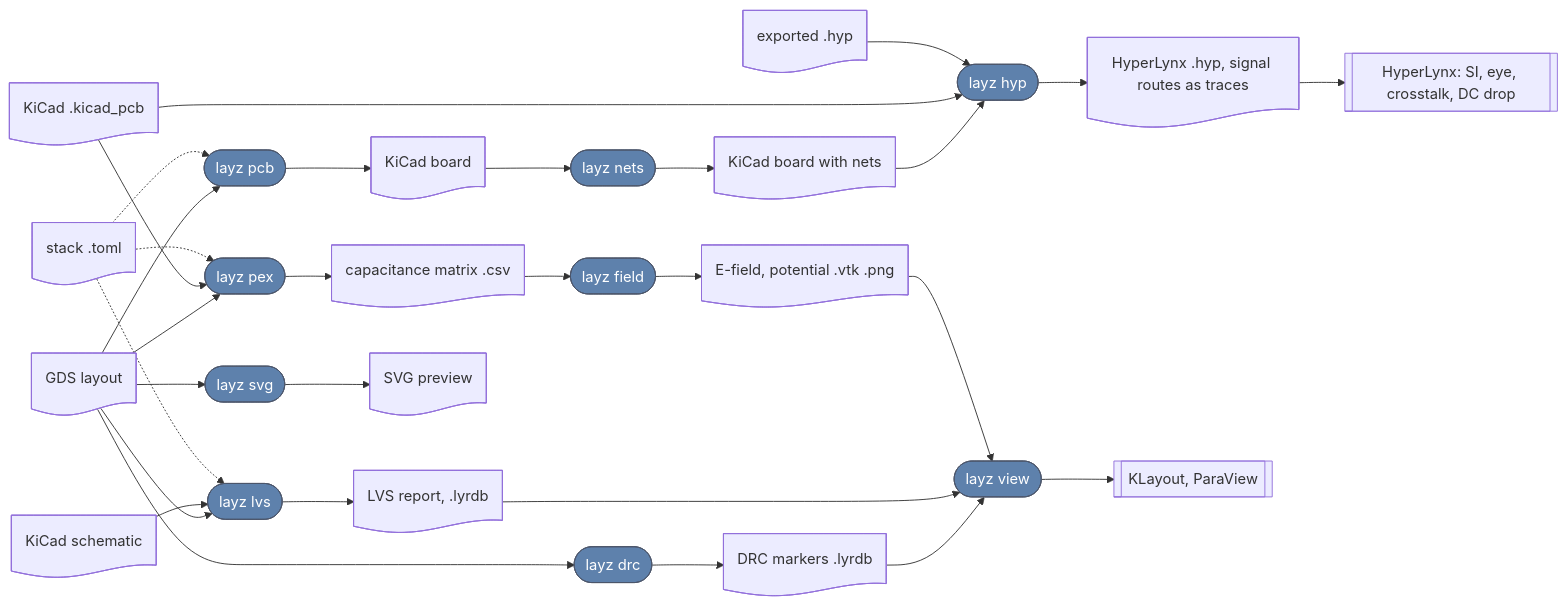
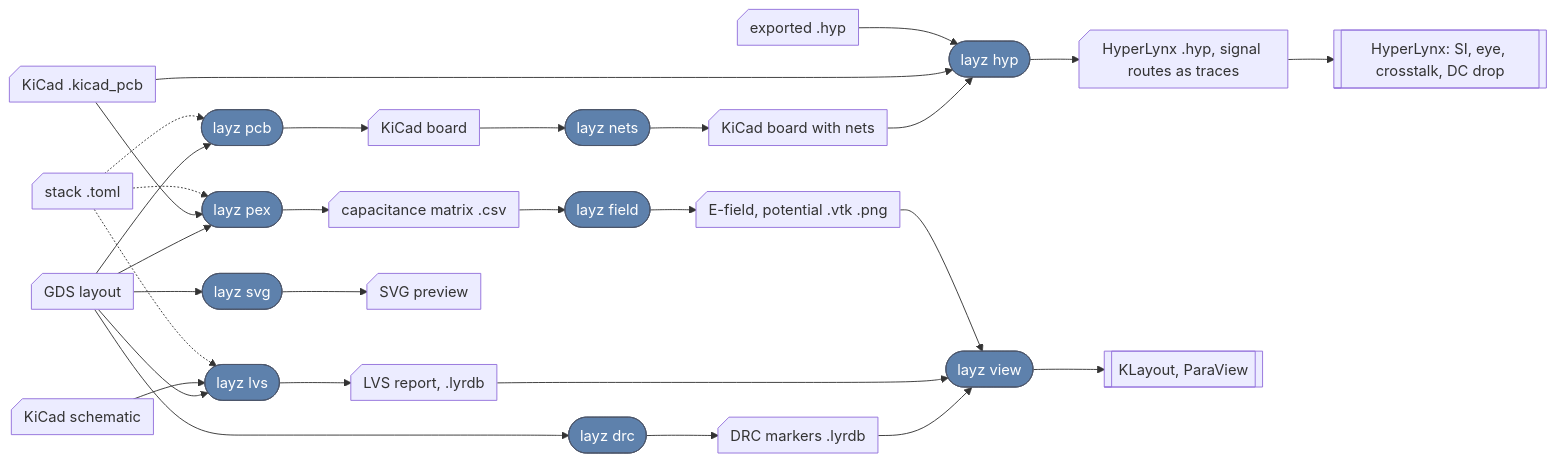
The diagram in readme.md (SiLab-Bonn/layz), drawn with Mermaid before and after one commit.

Commit message:
readme: folded-corner file shapes in the pipeline

````diff
--- a/readme.md
+++ b/readme.md
@@ -25,42 +25,42 @@
 ```mermaid
 flowchart LR
-    gds@{ shape: doc, label: "GDS layout" }
-    sch@{ shape: doc, label: "KiCad schematic" }
-    stack@{ shape: doc, label: "stack .toml" }
-    board@{ shape: doc, label: "KiCad .kicad_pcb" }
-    exthyp@{ shape: doc, label: "exported .hyp" }
+    gds@{ shape: card, label: "GDS layout" }
+    sch@{ shape: card, label: "KiCad schematic" }
+    stack@{ shape: card, label: "stack .toml" }
+    board@{ shape: card, label: "KiCad .kicad_pcb" }
+    exthyp@{ shape: card, label: "exported .hyp" }
 
     drc(["layz drc"])
     lvs(["layz lvs"])
     pcb(["layz pcb"])
     nets(["layz nets"])
     hyp(["layz hyp"])
     pex(["layz pex"])
     field(["layz field"])
     svg(["layz svg"])
     view(["layz view"])
 
-    drcdb@{ shape: doc, label: "DRC markers .lyrdb" }
-    lvsdb@{ shape: doc, label: "LVS report, .lyrdb" }
-    kpcb@{ shape: doc, label: "KiCad board" }
-    kpcb2@{ shape: doc, label: "KiCad board with nets" }
-    hypf@{ shape: doc, label: "HyperLynx .hyp, signal routes as traces" }
-    caps@{ shape: doc, label: "capacitance matrix .csv" }
-    fld@{ shape: doc, label: "E-field, potential .vtk .png" }
-    svgf@{ shape: doc, label: "SVG preview" }
+    drcdb@{ shape: card, label: "DRC markers .lyrdb" }
+    lvsdb@{ shape: card, label: "LVS report, .lyrdb" }
+    kpcb@{ shape: card, label: "KiCad board" }
+    kpcb2@{ shape: card, label: "KiCad board with nets" }
+    hypf@{ shape: card, label: "HyperLynx .hyp, signal routes as traces" }
+    caps@{ shape: card, label: "capacitance matrix .csv" }
+    fld@{ shape: card, label: "E-field, potential .vtk .png" }
+    svgf@{ shape: card, label: "SVG preview" }
 
     gds --> drc --> drcdb
     gds & sch --> lvs --> lvsdb
     gds --> pcb --> kpcb
     kpcb --> nets --> kpcb2
     kpcb2 & board & exthyp --> hyp --> hypf
     hypf --> hl[["HyperLynx: SI, eye, crosstalk, DC drop"]]
     gds & board --> pex --> caps
     caps --> field --> fld
     drcdb & lvsdb & fld --> view --> tools[["KLayout, ParaView"]]
     gds --> svg --> svgf
     stack -.-> lvs & pcb & pex
 
     classDef cmd fill:#5E81AC,stroke:#4C566A,color:#fff
     class drc,lvs,pcb,nets,hyp,pex,field,svg,view cmd
 ```
````
